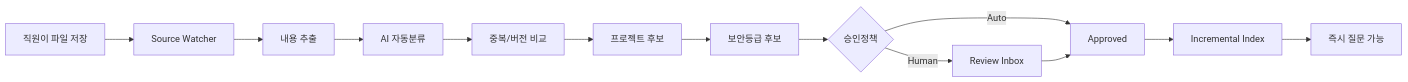
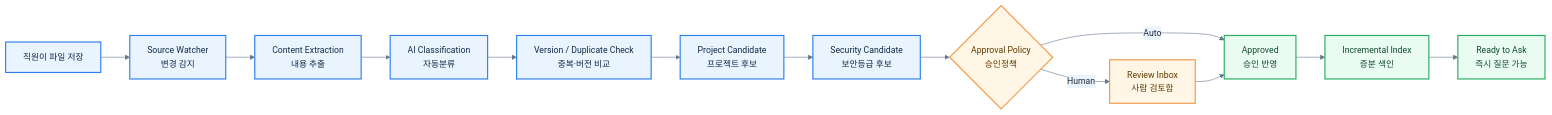
The first of 2 diagrams in rulmera-enterprise-knowledge/20-설계/07-지속-지식흡수-운영설계.md (hori5000/Rulmera-OPA), drawn with Mermaid before and after one commit. The commit also changed other lines of this file and 63 other files, not shown here.

````diff
--- a/rulmera-enterprise-knowledge/20-설계/07-지속-지식흡수-운영설계.md
+++ b/rulmera-enterprise-knowledge/20-설계/07-지속-지식흡수-운영설계.md
@@ -20,15 +28,23 @@
 ```mermaid
+%%{init: {"theme":"base","themeVariables":{"primaryColor":"#F8FAFC","primaryTextColor":"#1F2937","primaryBorderColor":"#64748B","lineColor":"#64748B","secondaryColor":"#EAF4FF","tertiaryColor":"#EAFBF2","clusterBkg":"#F8FAFC","clusterBorder":"#CBD5E1","fontSize":"15px"}} }%%
 flowchart LR
-  A[직원이 파일 저장] --> B[Source Watcher]
-  B --> C[내용 추출]
-  C --> D[AI 자동분류]
-  D --> E[중복/버전 비교]
-  E --> F[프로젝트 후보]
-  F --> G[보안등급 후보]
-  G --> H{승인정책}
-  H -->|Auto| I[Approved]
-  H -->|Human| J[Review Inbox]
+  A[직원이 파일 저장] --> B[Source Watcher<br/>변경 감지]
+  B --> C[Content Extraction<br/>내용 추출]
+  C --> D[AI Classification<br/>자동분류]
+  D --> E[Version / Duplicate Check<br/>중복·버전 비교]
+  E --> F[Project Candidate<br/>프로젝트 후보]
+  F --> G[Security Candidate<br/>보안등급 후보]
+  G --> H{Approval Policy<br/>승인정책}
+  H -->|Auto| I[Approved<br/>승인 반영]
+  H -->|Human| J[Review Inbox<br/>사람 검토함]
   J --> I
-  I --> K[Incremental Index]
-  K --> L[즉시 질문 가능]
+  I --> K[Incremental Index<br/>증분 색인]
+  K --> L[Ready to Ask<br/>즉시 질문 가능]
+
+  classDef a fill:#EAF4FF,stroke:#2F80ED,color:#102A43,stroke-width:2px;
+  classDef b fill:#FFF6E5,stroke:#F2994A,color:#5C3B00,stroke-width:2px;
+  classDef c fill:#EAFBF2,stroke:#27AE60,color:#114B2E,stroke-width:2px;
+  class A,B,C,D,E,F,G a;
+  class H,J b;
+  class I,K,L c;
 ```
````
